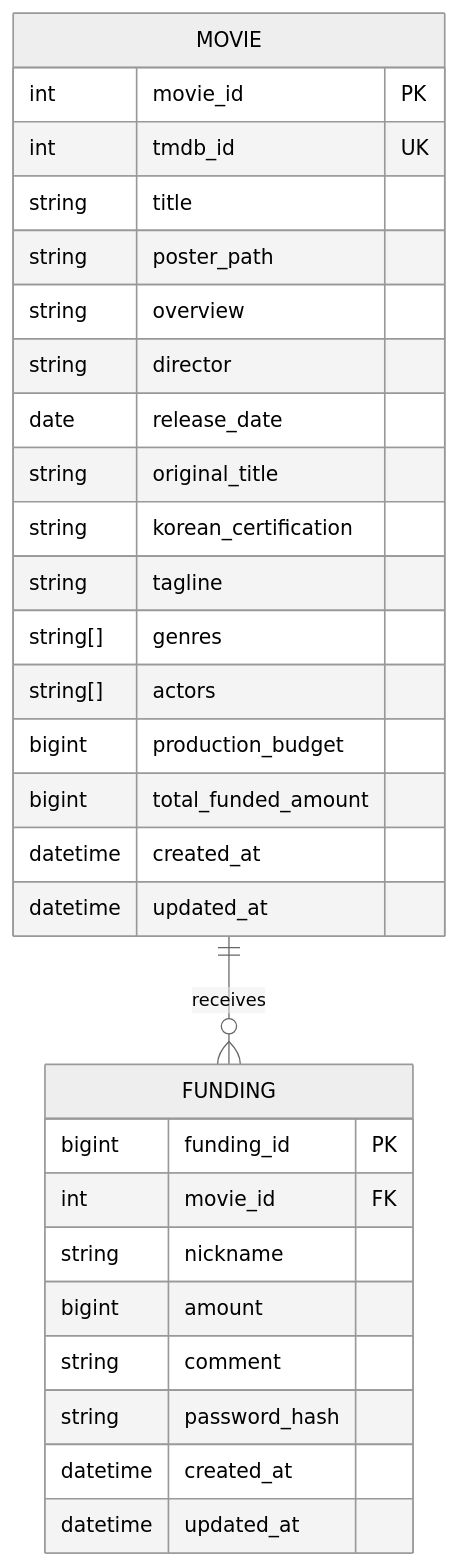
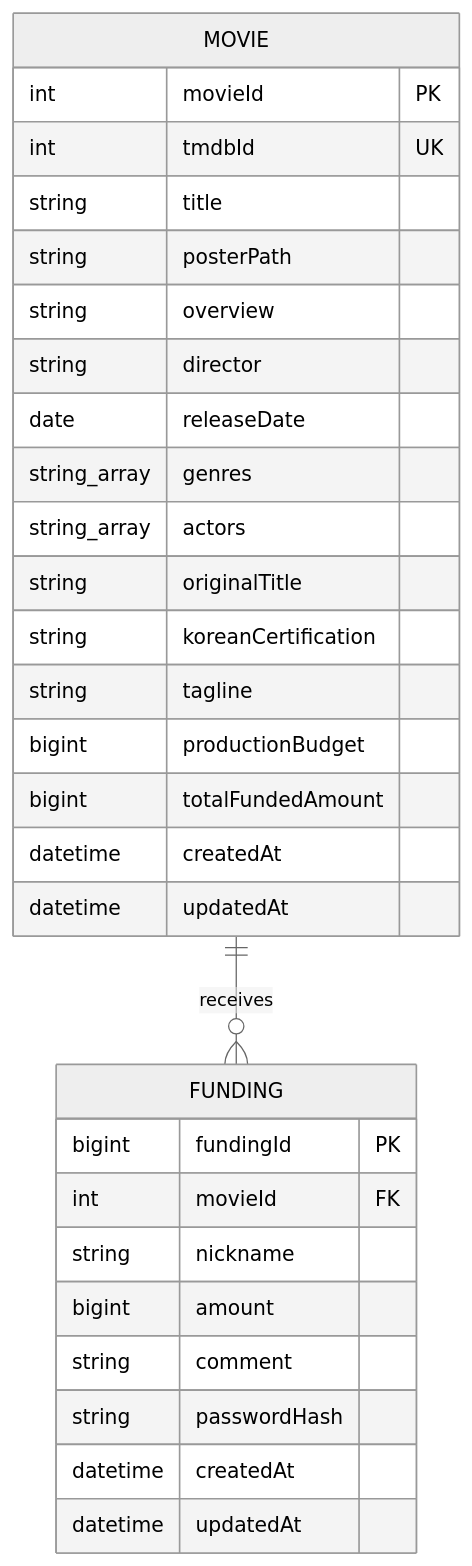
One commit to Sprint-project-1/backend changed the diagram in docs/DATABASE_SCHEMA.md. Above: the diagram before and after it, drawn with Mermaid (neutral theme). The commit also changed other lines of this file and 15 other files, not shown here.

````diff
--- a/docs/DATABASE_SCHEMA.md
+++ b/docs/DATABASE_SCHEMA.md
@@ -19,32 +7,32 @@
 ```mermaid
 erDiagram
   MOVIE ||--o{ FUNDING : receives
   MOVIE {
-    int movie_id PK
-    int tmdb_id UK
+    int movieId PK
+    int tmdbId UK
     string title
-    string poster_path
+    string posterPath
     string overview
     string director
-    date release_date
-    string original_title
-    string korean_certification
+    date releaseDate
+    string_array genres
+    string_array actors
+    string originalTitle
+    string koreanCertification
     string tagline
-    string[] genres
-    string[] actors
-    bigint production_budget
-    bigint total_funded_amount
-    datetime created_at
-    datetime updated_at
+    bigint productionBudget
+    bigint totalFundedAmount
+    datetime createdAt
+    datetime updatedAt
   }
   FUNDING {
-    bigint funding_id PK
-    int movie_id FK
+    bigint fundingId PK
+    int movieId FK
     string nickname
     bigint amount
     string comment
-    string password_hash
-    datetime created_at
-    datetime updated_at
+    string passwordHash
+    datetime createdAt
+    datetime updatedAt
   }
 ```
````
